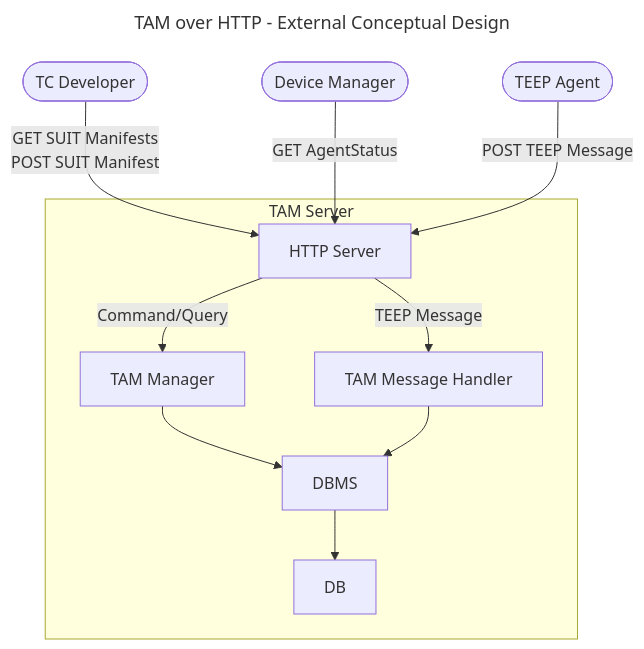
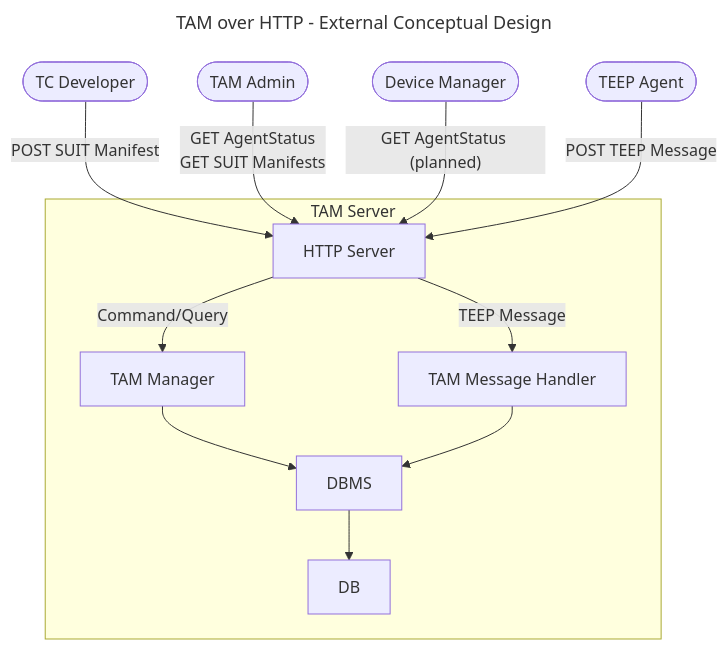
The diagram in doc/EXTERNAL_DESIGN.md (kentakayama/AttesTAM), drawn with Mermaid before and after one commit. The commit also changed other lines of this file and 6 other files, not shown here.

````diff
--- a/doc/EXTERNAL_DESIGN.md
+++ b/doc/EXTERNAL_DESIGN.md
@@ -3,25 +3,26 @@
 ```mermaid
 ---
 title: TAM over HTTP - External Conceptual Design
 ---
 
 flowchart TB
 
-TCDeveloper([TC Developer]) -- GET SUIT Manifests<br/>POST SUIT Manifest --> HTTPServer
-DeviceManager([Device Manager]) -- GET AgentStatus --> HTTPServer
+TCDeveloper([TC Developer]) -- POST SUIT Manifest --> HTTPServer
+TAMAdmin([TAM Admin]) -- GET AgentStatus<br/>GET SUIT Manifests --> HTTPServer
+DeviceManager([Device Manager]) -- GET AgentStatus (planned) --> HTTPServer
 TEEPAgent([TEEP Agent]) -- POST TEEP Message --> HTTPServer
 
 subgraph TAM Server
     HTTPServer[HTTP Server]
     TAMManager[TAM Manager]
     TAMoverHTTP[TAM Message Handler]
     DBMS[DBMS]
 
     HTTPServer -- TEEP Message --> TAMoverHTTP
     HTTPServer -- Command/Query --> TAMManager
     TAMManager --> DBMS    
     TAMoverHTTP --> DBMS
     DBMS --> DB
 end
 
 ```
````
